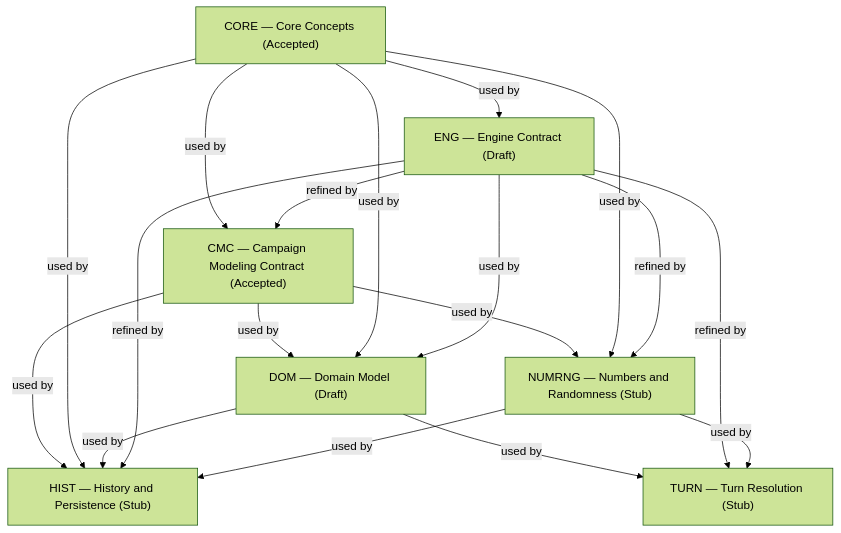
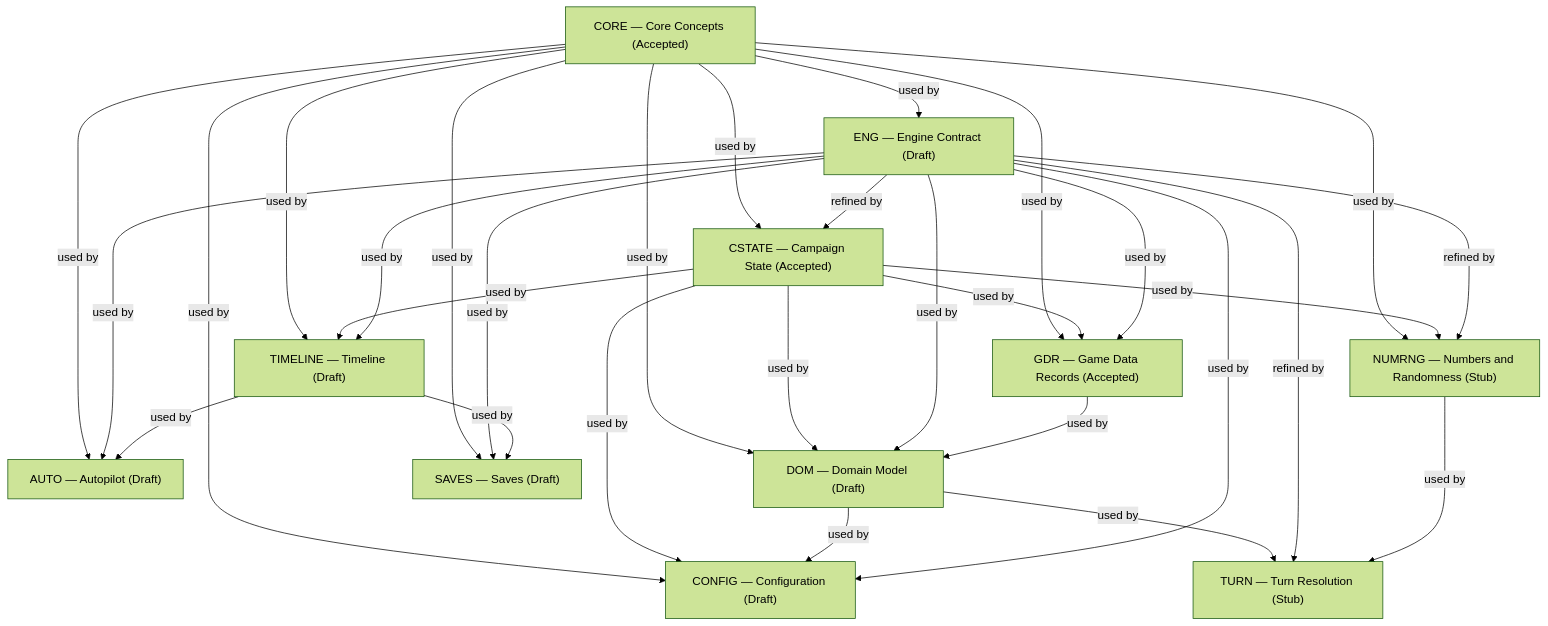
The first of 2 diagrams in docs/specs/foundation/about-foundation.md (konrad-jamrozik/game-v5), drawn with Mermaid (forest theme) before and after one commit. The commit also changed other lines of this file and 39 other files, not shown here.

````diff
--- a/docs/specs/foundation/about-foundation.md
+++ b/docs/specs/foundation/about-foundation.md
@@ -77,27 +98,43 @@
 ```mermaid
 flowchart TD
-  CMC["CMC — Campaign Modeling Contract (Accepted)"]
+  AUTO["AUTO — Autopilot (Draft)"]
+  CONFIG["CONFIG — Configuration (Draft)"]
   CORE["CORE — Core Concepts (Accepted)"]
+  CSTATE["CSTATE — Campaign State (Accepted)"]
   DOM["DOM — Domain Model (Draft)"]
   ENG["ENG — Engine Contract (Draft)"]
-  HIST["HIST — History and Persistence (Stub)"]
+  GDR["GDR — Game Data Records (Accepted)"]
   NUMRNG["NUMRNG — Numbers and Randomness (Stub)"]
+  SAVES["SAVES — Saves (Draft)"]
+  TIMELINE["TIMELINE — Timeline (Draft)"]
   TURN["TURN — Turn Resolution (Stub)"]
-  CMC -->|used by| DOM
-  CMC -->|used by| HIST
-  CMC -->|used by| NUMRNG
-  CORE -->|used by| CMC
+  CORE -->|used by| AUTO
+  CORE -->|used by| CONFIG
+  CORE -->|used by| CSTATE
   CORE -->|used by| DOM
   CORE -->|used by| ENG
-  CORE -->|used by| HIST
+  CORE -->|used by| GDR
   CORE -->|used by| NUMRNG
-  DOM -->|used by| HIST
+  CORE -->|used by| SAVES
+  CORE -->|used by| TIMELINE
+  CSTATE -->|used by| CONFIG
+  CSTATE -->|used by| DOM
+  CSTATE -->|used by| GDR
+  CSTATE -->|used by| NUMRNG
+  CSTATE -->|used by| TIMELINE
+  DOM -->|used by| CONFIG
   DOM -->|used by| TURN
-  ENG -->|refined by| CMC
+  ENG -->|used by| AUTO
+  ENG -->|used by| CONFIG
+  ENG -->|refined by| CSTATE
   ENG -->|used by| DOM
-  ENG -->|refined by| HIST
+  ENG -->|used by| GDR
   ENG -->|refined by| NUMRNG
+  ENG -->|used by| SAVES
+  ENG -->|used by| TIMELINE
   ENG -->|refined by| TURN
-  NUMRNG -->|used by| HIST
+  GDR -->|used by| DOM
   NUMRNG -->|used by| TURN
+  TIMELINE -->|used by| AUTO
+  TIMELINE -->|used by| SAVES
 ```
````
